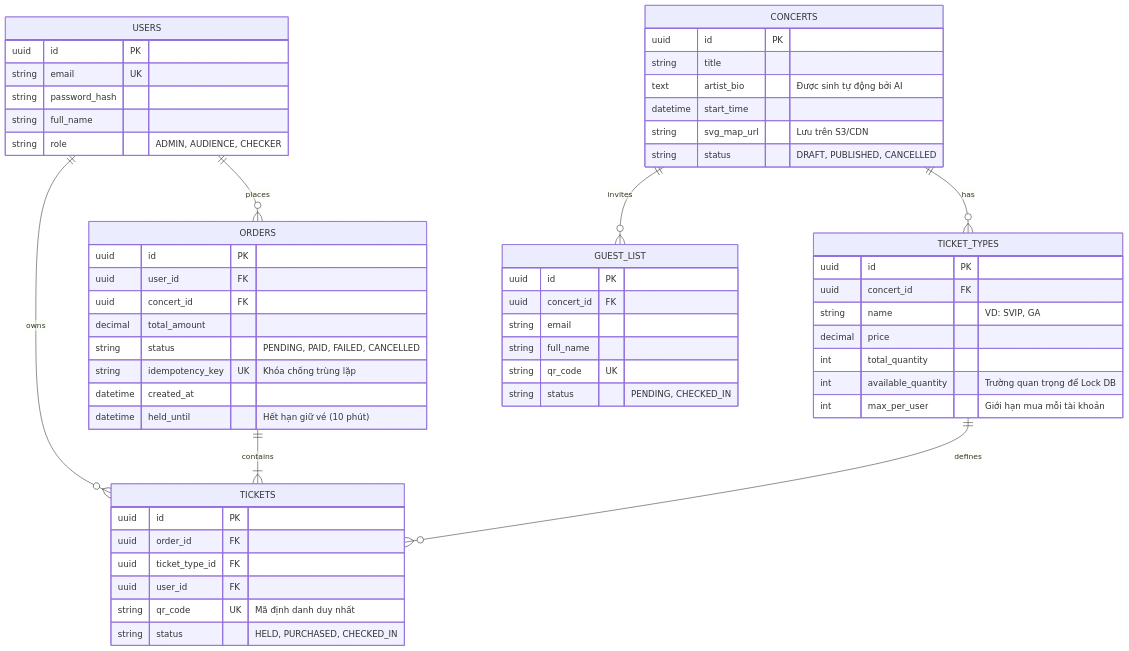
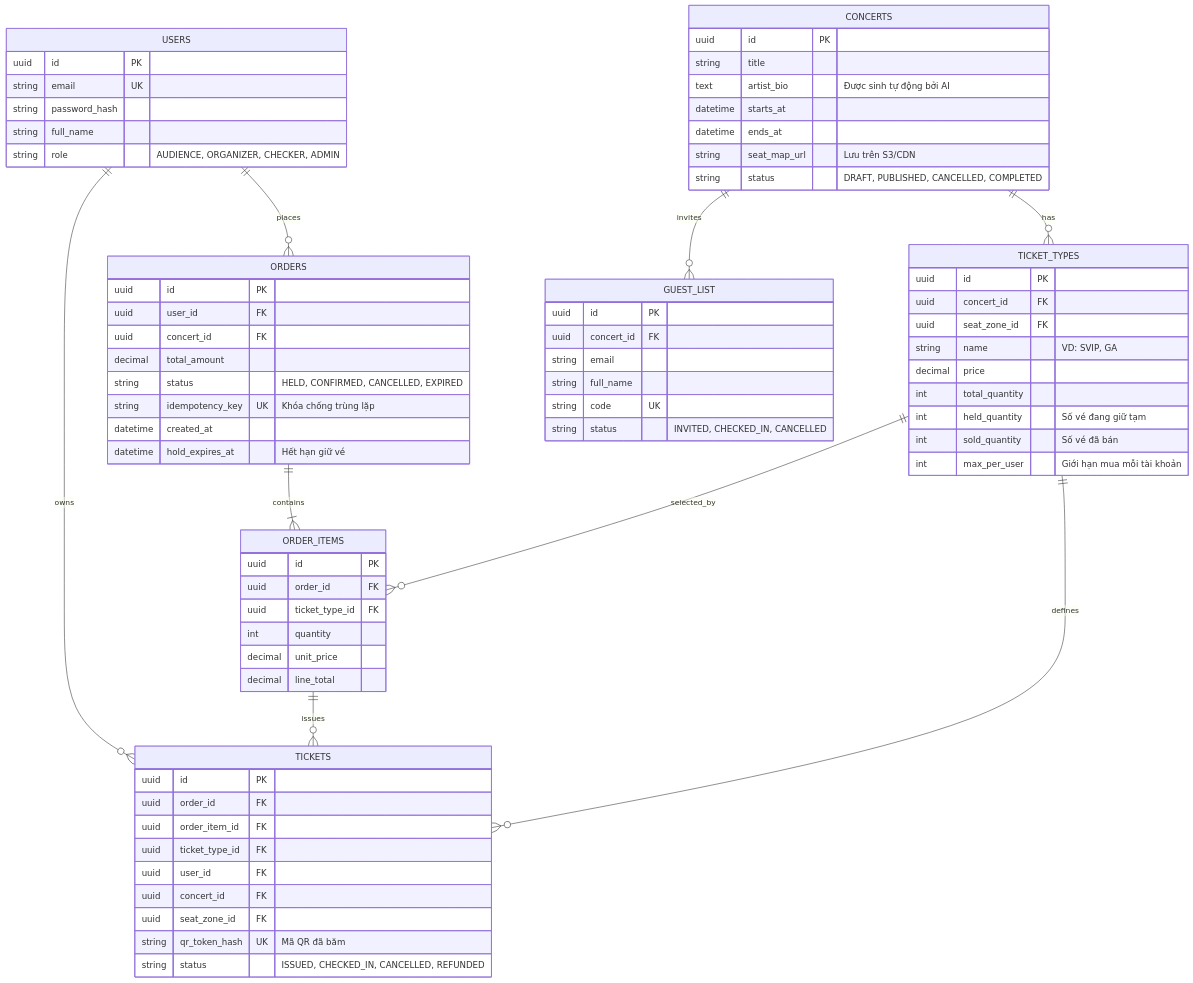
The ninth of 9 diagrams in blueprint/design.md (quocthaiLN/ticket-box-app), drawn with Mermaid before and after one commit. The commit also changed other lines of this file and 19 other files, not shown here.

Commit message:
Refactor: MVP database schema and ticketing safeguards

````diff
--- a/blueprint/design.md
+++ b/blueprint/design.md
@@ -450,60 +450,76 @@
 ```mermaid
 erDiagram
     USERS ||--o{ ORDERS : places
     USERS ||--o{ TICKETS : owns
     CONCERTS ||--o{ TICKET_TYPES : has
     CONCERTS ||--o{ GUEST_LIST : invites
-    ORDERS ||--|{ TICKETS : contains
+    ORDERS ||--|{ ORDER_ITEMS : contains
+    ORDER_ITEMS ||--o{ TICKETS : issues
+    TICKET_TYPES ||--o{ ORDER_ITEMS : selected_by
     TICKET_TYPES ||--o{ TICKETS : defines
 
     USERS {
         uuid id PK
         string email UK
         string password_hash
         string full_name
-        string role "ADMIN, AUDIENCE, CHECKER"
+        string role "AUDIENCE, ORGANIZER, CHECKER, ADMIN"
     }
     CONCERTS {
         uuid id PK
         string title
         text artist_bio "Được sinh tự động bởi AI"
-        datetime start_time
-        string svg_map_url "Lưu trên S3/CDN"
-        string status "DRAFT, PUBLISHED, CANCELLED"
+        datetime starts_at
+        datetime ends_at
+        string seat_map_url "Lưu trên S3/CDN"
+        string status "DRAFT, PUBLISHED, CANCELLED, COMPLETED"
     }
     TICKET_TYPES {
         uuid id PK
         uuid concert_id FK
+        uuid seat_zone_id FK
         string name "VD: SVIP, GA"
         decimal price
         int total_quantity
-        int available_quantity "Trường quan trọng để Lock DB"
+        int held_quantity "Số vé đang giữ tạm"
+        int sold_quantity "Số vé đã bán"
         int max_per_user "Giới hạn mua mỗi tài khoản"
     }
     ORDERS {
         uuid id PK
         uuid user_id FK
         uuid concert_id FK
         decimal total_amount
-        string status "PENDING, PAID, FAILED, CANCELLED"
+        string status "HELD, CONFIRMED, CANCELLED, EXPIRED"
         string idempotency_key UK "Khóa chống trùng lặp"
         datetime created_at
-        datetime held_until "Hết hạn giữ vé (10 phút)"
+        datetime hold_expires_at "Hết hạn giữ vé"
+    }
+    ORDER_ITEMS {
+        uuid id PK
+        uuid order_id FK
+        uuid ticket_type_id FK
+        int quantity
+        decimal unit_price
+        decimal line_total
     }
     TICKETS {
         uuid id PK
         uuid order_id FK
+        uuid order_item_id FK
         uuid ticket_type_id FK
         uuid user_id FK
-        string qr_code UK "Mã định danh duy nhất"
-        string status "HELD, PURCHASED, CHECKED_IN"
+        uuid concert_id FK
+        uuid seat_zone_id FK
+        string qr_token_hash UK "Mã QR đã băm"
+        string status "ISSUED, CHECKED_IN, CANCELLED, REFUNDED"
     }
     GUEST_LIST {
         uuid id PK
         uuid concert_id FK
         string email
         string full_name
-        string qr_code UK
-        string status "PENDING, CHECKED_IN"
+        string code UK
+        string status "INVITED, CHECKED_IN, CANCELLED"
     }
 ```
````
